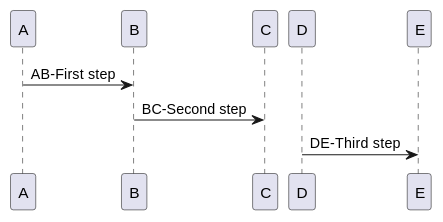
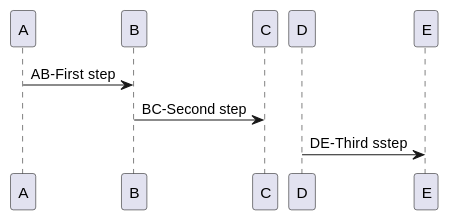
Before and after one commit to edu-db/edu_db_labs: the second of 2 diagrams in docs/use cases/README.md, drawn with PlantUML.

```diff
--- a/docs/use cases/README.md
+++ b/docs/use cases/README.md
@@ -148,5 +148,5 @@
 @startuml
-/' case 1 '/   A -> B : AB-First step 
-               B -> C : BC-Second step
-/' case 2 '/   D -> E : DE-Third step
+    /' case 1 '/   A -> B : AB-First step 
+                   B -> C : BC-Second step
+    /' case 2 '/   D -> E : DE-Third sstep
 @enduml
```
